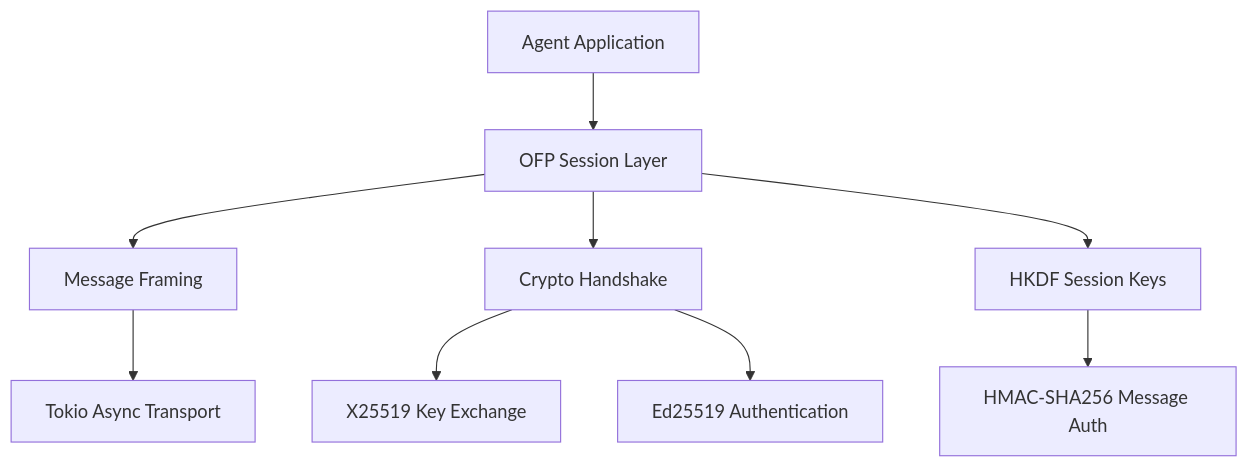
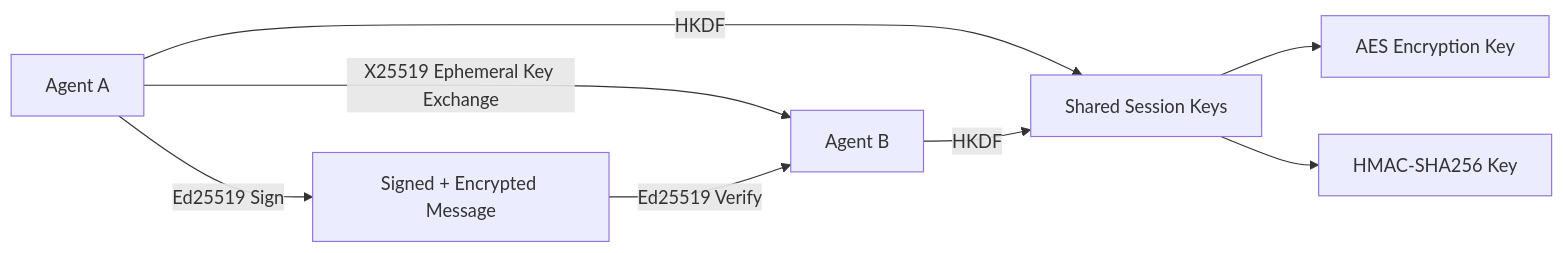
One commit to leszek3737/librefang-WIki changed the diagram in other-librefang-wire.md. Above: the diagram before and after it, drawn with Mermaid. The commit also changed other lines of this file and 100 other files, not shown here.

````diff
--- a/other-librefang-wire.md
+++ b/other-librefang-wire.md
@@ -15,11 +15,10 @@
 ```mermaid
-graph TD
-    A[Agent Application] --> B[OFP Session Layer]
-    B --> C[Message Framing]
-    B --> D[Crypto Handshake]
-    D --> E[X25519 Key Exchange]
-    D --> F[Ed25519 Authentication]
-    B --> G[HKDF Session Keys]
-    G --> H[HMAC-SHA256 Message Auth]
-    C --> I[Tokio Async Transport]
+flowchart LR
+    A[Agent A] -->|X25519 Ephemeral Key Exchange| B[Agent B]
+    A -->|HKDF| SK[Shared Session Keys]
+    B -->|HKDF| SK
+    SK --> ENC[AES Encryption Key]
+    SK --> MAC[HMAC-SHA256 Key]
+    A -->|Ed25519 Sign| MSG[Signed + Encrypted Message]
+    MSG -->|Ed25519 Verify| B
 ```
````
